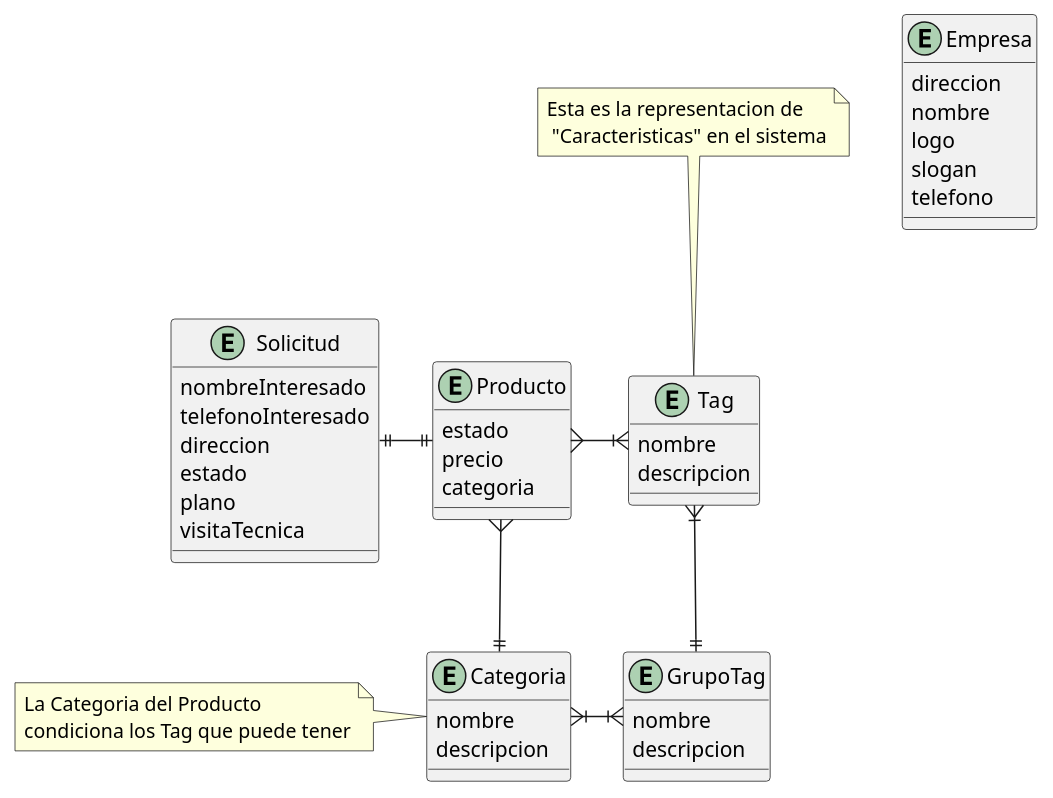
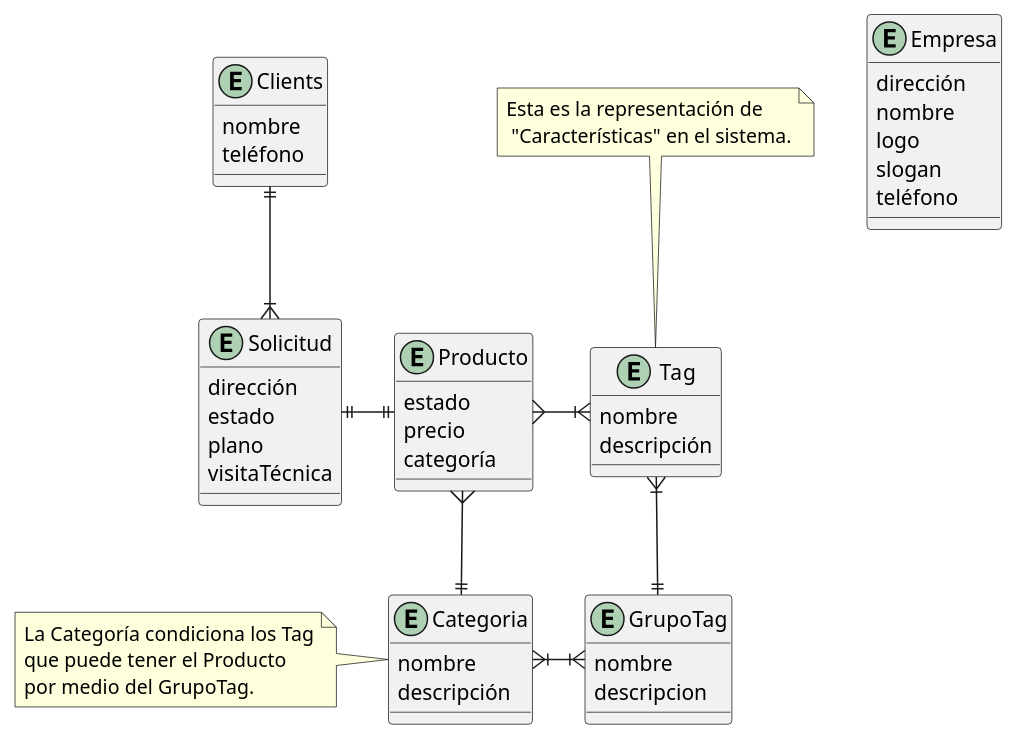
Before and after one commit to Los-Waza/MetalK_Documentation: the diagram in ModeloDeDatos/metalK_dataModel.puml, drawn with PlantUML. The commit also changed 3 other files, not shown here.

```diff
--- a/ModeloDeDatos/metalK_dataModel.puml
+++ b/ModeloDeDatos/metalK_dataModel.puml
@@ -1,51 +1,56 @@
 @startuml MetalK_DataModel
     skinparam linestyle orto
     entity sol as "Solicitud"{
-        nombreInteresado
-        telefonoInteresado
-        direccion
+        dirección
         estado
         plano
-        visitaTecnica
+        visitaTécnica
     }
 
     entity pro as "Producto"{
         estado
         precio
-        categoria
+        categoría
     }
+
+    entity cli as "Clients"{
+        nombre
+        teléfono
+    }
+
     entity cat as "Categoria" {   
         nombre
-        descripcion
+        descripción
     }
 
     entity gt as "GrupoTag" {   
         nombre
         descripcion
     }
 
     entity tag as "Tag" {   
         nombre
-        descripcion
+        descripción
     }
 
     entity emp as "Empresa"{
-        direccion
+        dirección
         nombre
         logo
         slogan
-        telefono
+        teléfono
     }
 
 
     tag }|-left-{ pro
     pro ||-left-|| sol
     pro }-down-|| cat
     tag }|-down-|| gt
     cat }|-right-|{ gt
+    cli ||--|{ sol
     
-    note top of tag: Esta es la representacion de \n "Caracteristicas" en el sistema
-    note left of cat: La Categoria del Producto \ncondiciona los Tag que puede tener
+    note top of tag: Esta es la representación de \n "Características" en el sistema.
+    note left of cat: La Categoría condiciona los Tag\nque puede tener el Producto\npor medio del GrupoTag.
 
     
 @enduml
```
